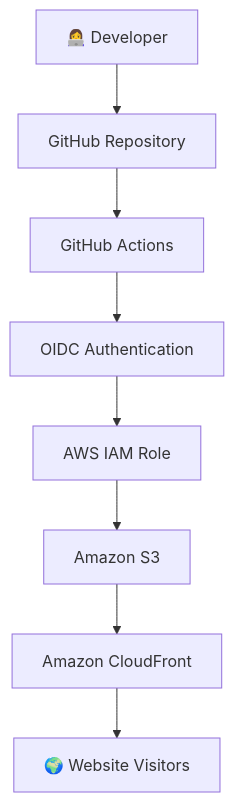
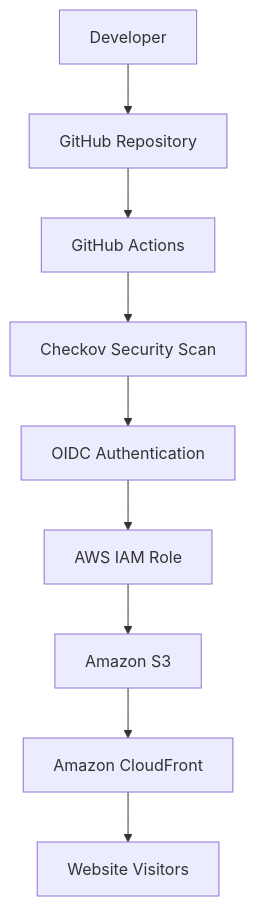
Before and after one commit to paulaali/aws-devops-demo-CI-CD: the diagram in Readme.MD, drawn with Mermaid. The commit also changed other lines of this file, not shown here.

````diff
--- a/Readme.MD
+++ b/Readme.MD
@@ -43,10 +39,11 @@
 ```mermaid
 flowchart TD
-    A["👩‍💻 Developer"] --> B["GitHub Repository"]
+    A["Developer"] --> B["GitHub Repository"]
     B --> C["GitHub Actions"]
-    C --> D["OIDC Authentication"]
-    D --> E["AWS IAM Role"]
-    E --> F["Amazon S3"]
-    F --> G["Amazon CloudFront"]
-    G --> H["🌍 Website Visitors"]
+    C --> D["Checkov Security Scan"]
+    D --> E["OIDC Authentication"]
+    E --> F["AWS IAM Role"]
+    F --> G["Amazon S3"]
+    G --> H["Amazon CloudFront"]
+    H --> I["Website Visitors"]
 ```
````
